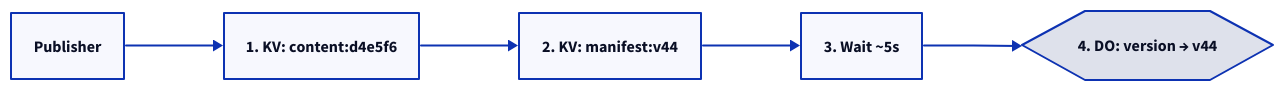
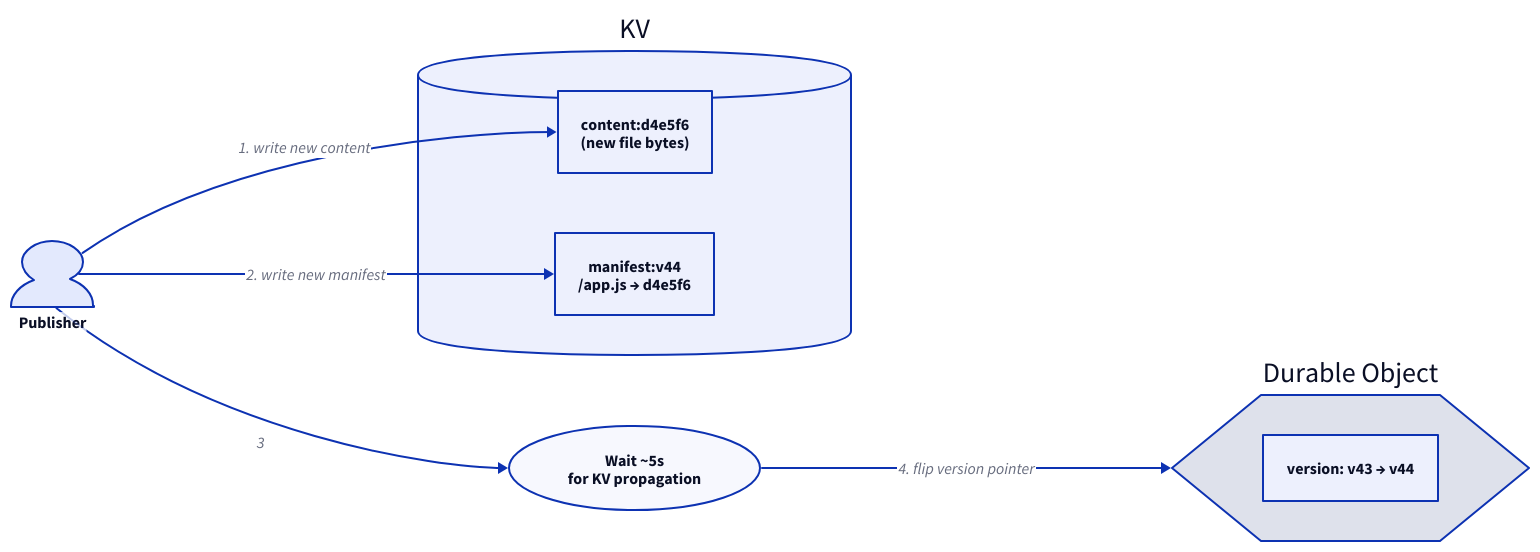
One commit to erfianugrah/lexicanum changed the fourth of 6 diagrams in src/content/docs/reference/caching.mdx. Above: the diagram before and after it, drawn with D2. The commit also changed other lines of this file, not shown here.

First line of the commit message:
docs: improve D2 diagrams with more detail and clarity

````diff
--- a/src/content/docs/reference/caching.mdx
+++ b/src/content/docs/reference/caching.mdx
@@ -566,14 +590,27 @@
 ```d2
 direction: right
 
-publisher: Publisher
-
-step1: "1. KV: content:d4e5f6"
-step2: "2. KV: manifest:v44"
-step3: "3. Wait ~5s"
-step4: "4. DO: version → v44" {
-  shape: hexagon
+publisher: Publisher {
+  shape: person
 }
 
-publisher -> step1 -> step2 -> step3 -> step4
+kv: KV {
+  shape: cylinder
+  content: "content:d4e5f6\n(new file bytes)"
+  manifest: "manifest:v44\n/app.js → d4e5f6"
+}
+
+wait: Wait ~5s\nfor KV propagation {
+  shape: oval
+}
+
+do: Durable Object {
+  shape: hexagon
+  version: "version: v43 → v44"
+}
+
+publisher -> kv.content: 1. write new content
+publisher -> kv.manifest: 2. write new manifest
+publisher -> wait: 3
+wait -> do: 4. flip version pointer
 ```
````
